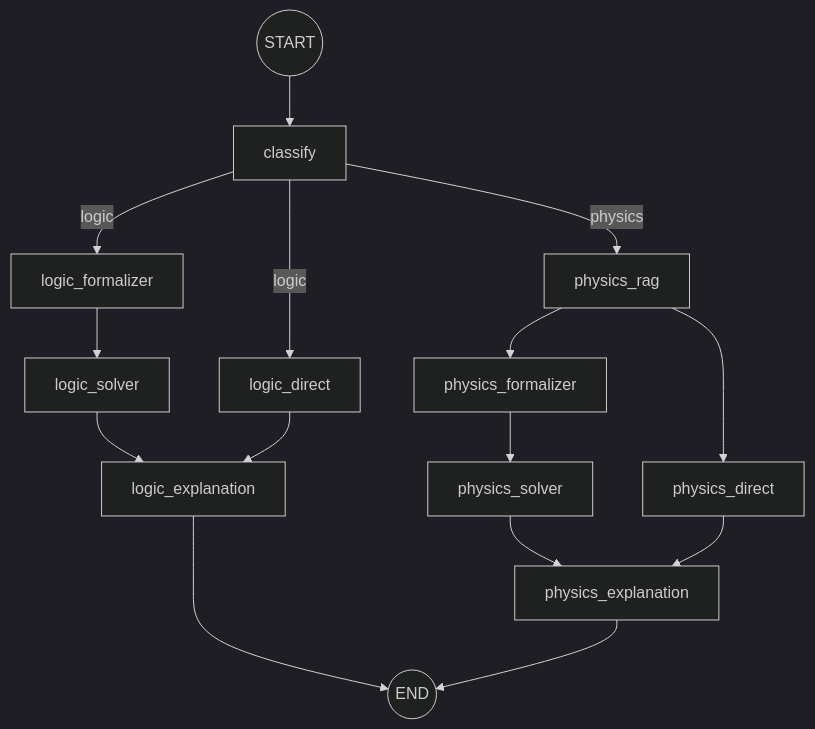
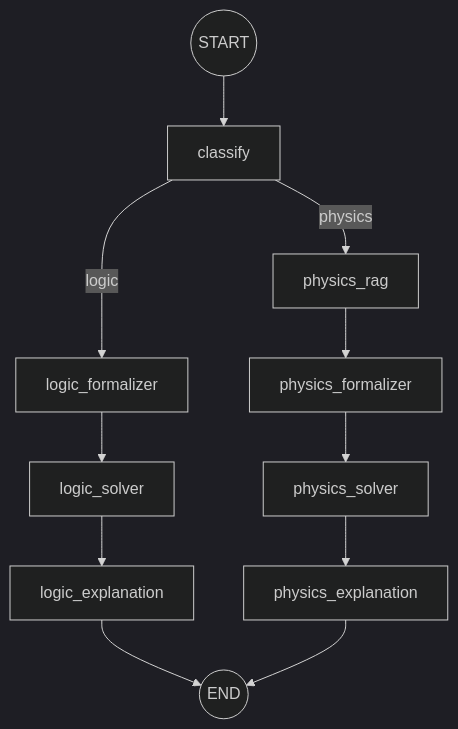
One commit to nleins5/EXACT-2026---HCMUT- changed the diagram in src/agent/README.md. Above: the diagram before and after it, drawn with Mermaid (dark theme). The commit also changed other lines of this file and 42 other files, not shown here.

````diff
--- a/src/agent/README.md
+++ b/src/agent/README.md
@@ -7,20 +7,16 @@
 ```mermaid
 graph TD
     START(("START")) --> classify
 
     classify -->|logic| logic_formalizer
-    classify -->|logic| logic_direct
     classify -->|physics| physics_rag
 
     logic_formalizer --> logic_solver
     logic_solver --> logic_explanation
-    logic_direct --> logic_explanation
     logic_explanation --> END_NODE(("END"))
 
     physics_rag --> physics_formalizer
-    physics_rag --> physics_direct
     physics_formalizer --> physics_solver
     physics_solver --> physics_explanation
-    physics_direct --> physics_explanation
     physics_explanation --> END_NODE
 ```
````
